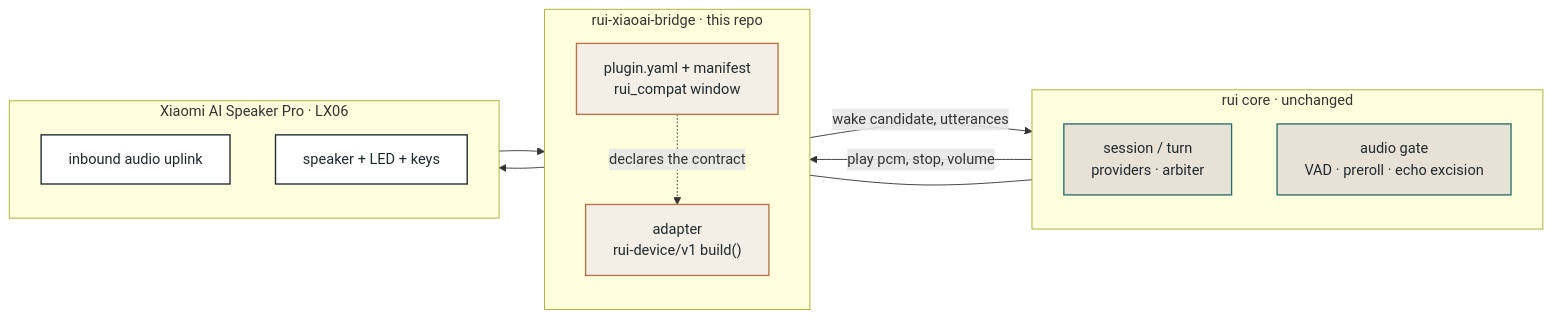
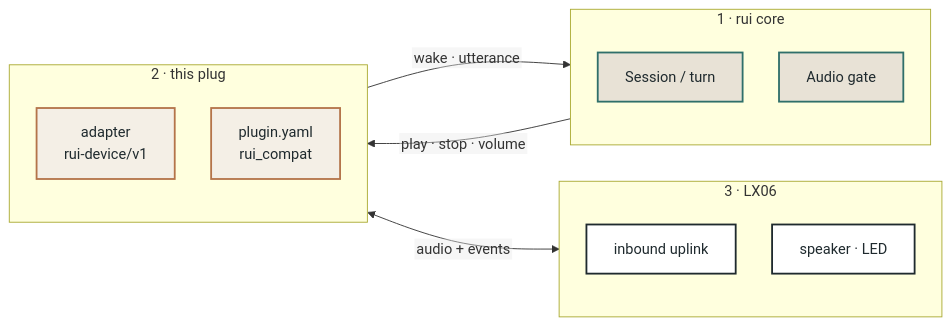
Before and after one commit to yes999zc/rui-xiaoai-bridge: the diagram in docs/assets/architecture.mmd, drawn with Mermaid. The commit also changed 3 other files, not shown here.

Commit message:
docs(readme): honest versions, bridge hero, required plug-test arguments

```diff
--- a/docs/assets/architecture.mmd
+++ b/docs/assets/architecture.mmd
@@ -1,31 +1,29 @@
 %% rui-xiaoai-bridge — where this plug sits (source for docs/assets/architecture.svg / .png)
 %% palette: ink #1f2a2e, teal #2f6f6a, sand #e8e2d6, accent #b4744a
+%%{init: {'themeVariables': {'fontSize': '16px', 'fontFamily': 'Helvetica Neue, Arial, sans-serif'}, 'flowchart': {'htmlLabels': false, 'curve': 'basis', 'nodeSpacing': 40, 'rankSpacing': 70}}}%%
 flowchart LR
-  classDef svc fill:#e8e2d6,stroke:#2f6f6a,stroke-width:1.5px,color:#1f2a2e
-  classDef plug fill:#f4efe6,stroke:#b4744a,stroke-width:1.5px,color:#1f2a2e
-  classDef dev fill:#ffffff,stroke:#1f2a2e,stroke-width:1.5px,color:#1f2a2e
+  classDef svc fill:#e8e2d6,stroke:#2f6f6a,stroke-width:2px,color:#1f2a2e
+  classDef plug fill:#f4efe6,stroke:#b4744a,stroke-width:2px,color:#1f2a2e
+  classDef dev fill:#ffffff,stroke:#1f2a2e,stroke-width:2px,color:#1f2a2e
 
-  subgraph R["rui core · unchanged"]
+  subgraph R["1 · rui core"]
     direction TB
-    C["session / turn<br/>providers · arbiter"]:::svc
-    G["audio gate<br/>VAD · preroll · echo excision"]:::svc
+    C["Session / turn"]:::svc
+    G["Audio gate"]:::svc
   end
 
-  subgraph P["rui-xiaoai-bridge · this repo"]
+  subgraph P["2 · this plug"]
     direction TB
-    A["adapter<br/>rui-device/v1 build()"]:::plug
-    M["plugin.yaml + manifest<br/>rui_compat window"]:::plug
+    A["adapter<br/>rui-device/v1"]:::plug
+    MF["plugin.yaml<br/>rui_compat"]:::plug
   end
 
-  subgraph H["Xiaomi AI Speaker Pro · LX06"]
+  subgraph H["3 · LX06"]
     direction TB
-    I["inbound audio uplink"]:::dev
-    S["speaker + LED + keys"]:::dev
+    I["inbound uplink"]:::dev
+    S["speaker · LED"]:::dev
   end
 
-  A -->|"wake candidate, utterances"| G
-  G -->|"play pcm, stop, volume"| A
-  C --- A
-  M -.->|"declares the contract"| A
-  I --> A
-  A --> S
+  R -->|"play · stop · volume"| P
+  P -->|"wake · utterance"| R
+  P <-->|"audio + events"| H
```
